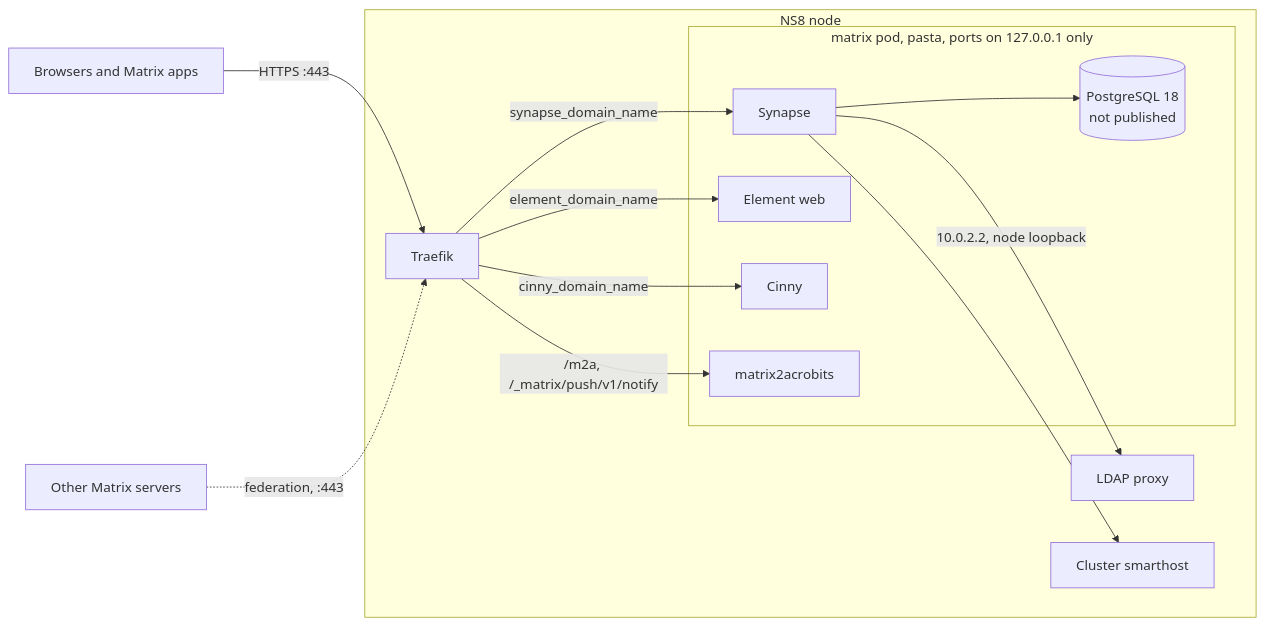
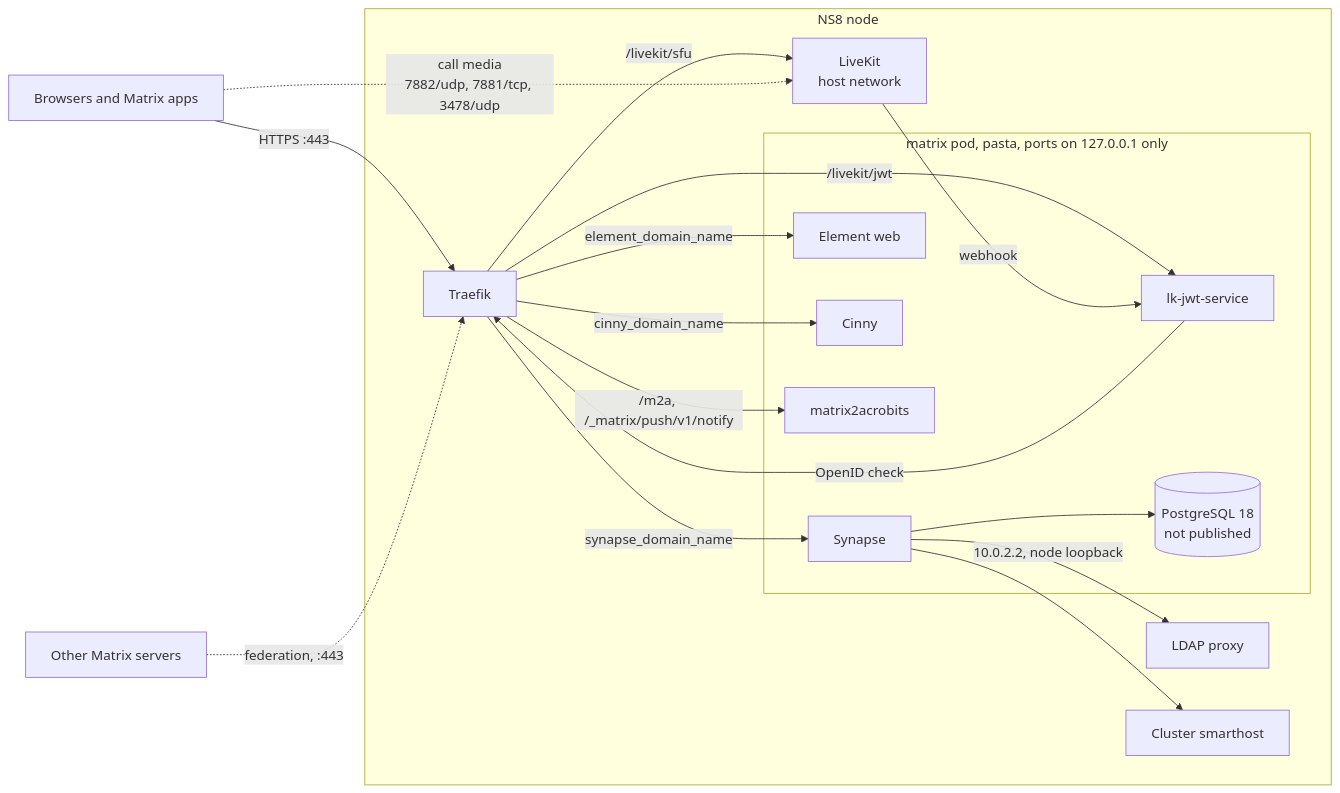
Before and after one commit to NethServer/ns8-matrix: the diagram in README.md, drawn with Mermaid. The commit also changed other lines of this file and 31 other files, not shown here.

First line of the commit message:
feat: add Element Call calls with LiveKit (#130)

````diff
--- a/README.md
+++ b/README.md
@@ -11,21 +11,28 @@
 ```mermaid
 flowchart LR
     U[Browsers and Matrix apps] -- "HTTPS :443" --> T["Traefik"]
     F[Other Matrix servers] -. "federation, :443" .-> T
     subgraph NS8["NS8 node"]
         T -- "synapse_domain_name" --> S
         T -- "element_domain_name" --> E
         T -- "cinny_domain_name" --> C
         T -- "/m2a, /_matrix/push/v1/notify" --> M
+        T -- "/livekit/jwt" --> J
+        T -- "/livekit/sfu" --> LK
         subgraph POD["matrix pod, pasta, ports on 127.0.0.1 only"]
             S[Synapse]
             E[Element web]
             C[Cinny]
             M[matrix2acrobits]
+            J[lk-jwt-service]
             P[(PostgreSQL 18<br/>not published)]
             S --> P
         end
+        LK["LiveKit<br/>host network"]
+        J -- "OpenID check" --> T
+        LK -- "webhook" --> J
         S -- "10.0.2.2, node loopback" --> L[LDAP proxy]
         S --> SM[Cluster smarthost]
     end
+    U -. "call media<br/>7882/udp, 7881/tcp, 3478/udp" .-> LK
 ```
````
